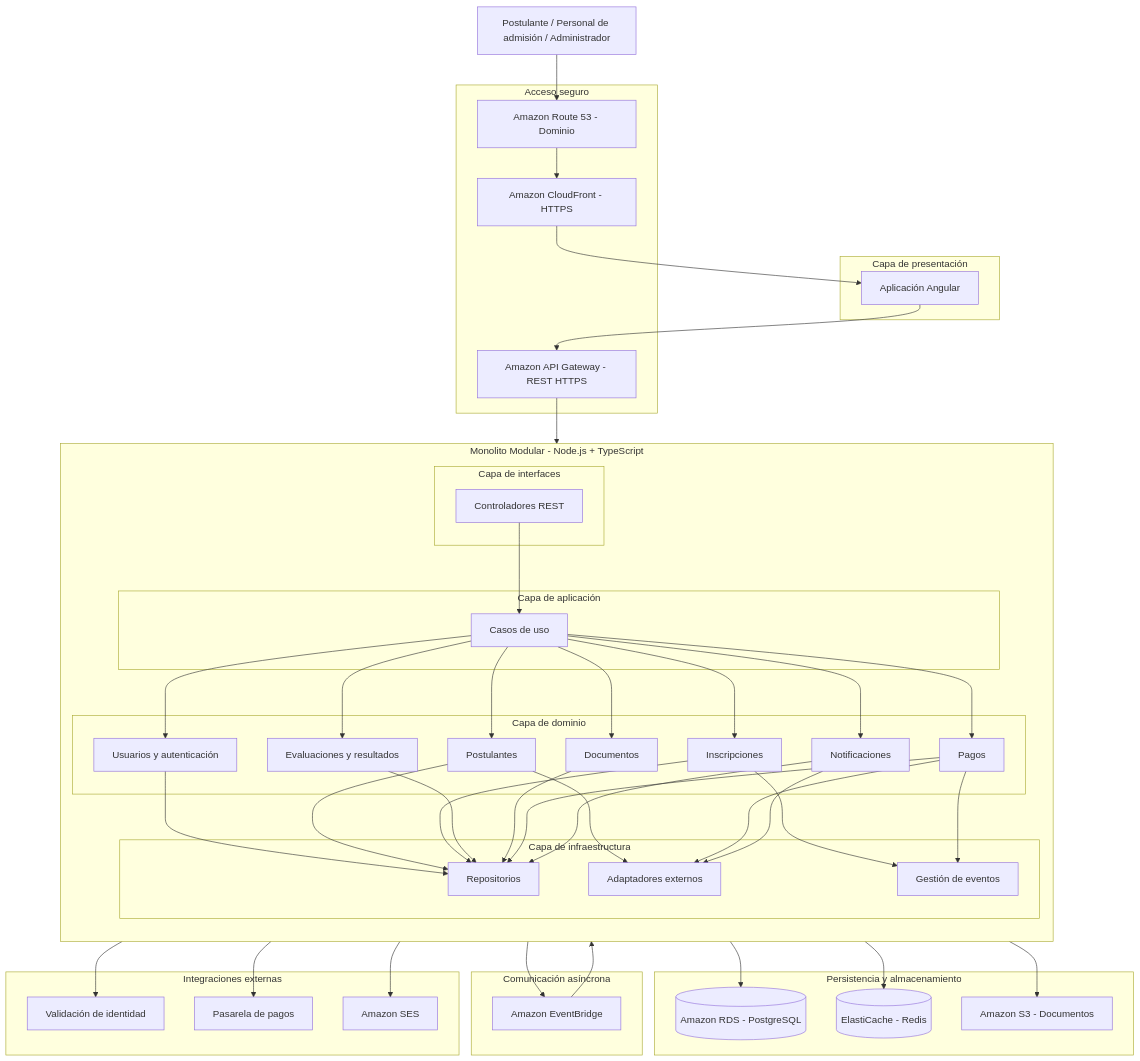
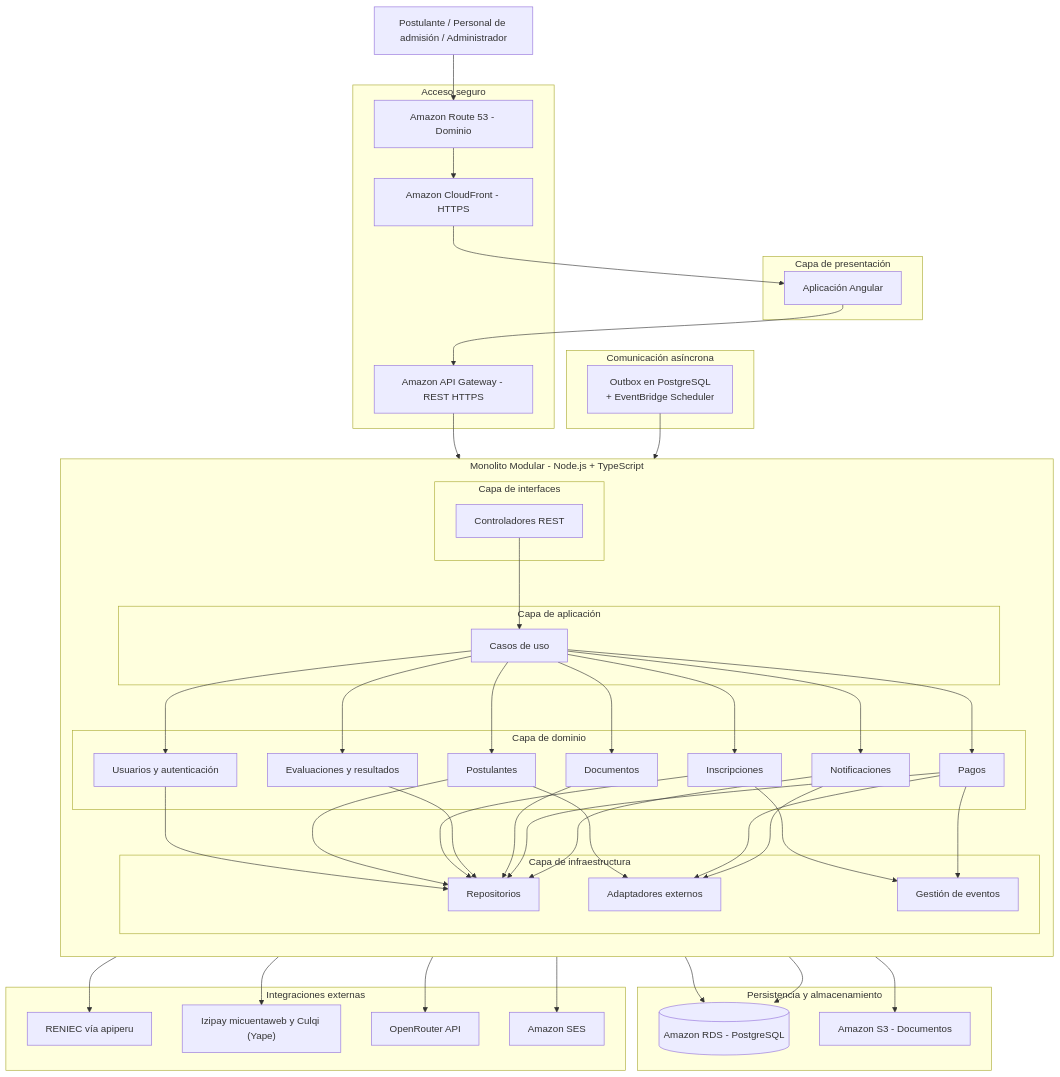
Before and after one commit to DiegoCoras06/ENTREGABLE-01-PROPUESTA-INICIAL-DEL-PROYECTO: the diagram in docs/02-arquitectura-de-software/08-arquitectura-inicial.md, drawn with Mermaid. The commit also changed other lines of this file and 27 other files, not shown here.

````diff
--- a/docs/02-arquitectura-de-software/08-arquitectura-inicial.md
+++ b/docs/02-arquitectura-de-software/08-arquitectura-inicial.md
@@ -78,17 +78,17 @@
 
     subgraph DATOS["Persistencia y almacenamiento"]
         DB[("Amazon RDS - PostgreSQL")]
-        CACHE[("ElastiCache - Redis")]
         S3["Amazon S3 - Documentos"]
     end
 
     subgraph EVENTOS["Comunicación asíncrona"]
-        EB["Amazon EventBridge"]
+        EB["Outbox en PostgreSQL<br/>+ EventBridge Scheduler"]
     end
 
     subgraph EXTERNOS["Integraciones externas"]
-        ID["Validación de identidad"]
-        PG["Pasarela de pagos"]
+        ID["RENIEC vía apiperu"]
+        PG["Izipay micuentaweb y Culqi (Yape)"]
+        AI["OpenRouter API"]
         SES["Amazon SES"]
     end
 
@@ -99,13 +99,13 @@
     API --> CTRL
 
     REP --> DB
-    REP --> CACHE
     REP --> S3
 
-    EVT --> EB
+    EVT --> DB
     EB --> NO
 
     EXT --> ID
     EXT --> PG
     EXT --> SES
+    EXT --> AI
 ```
````
